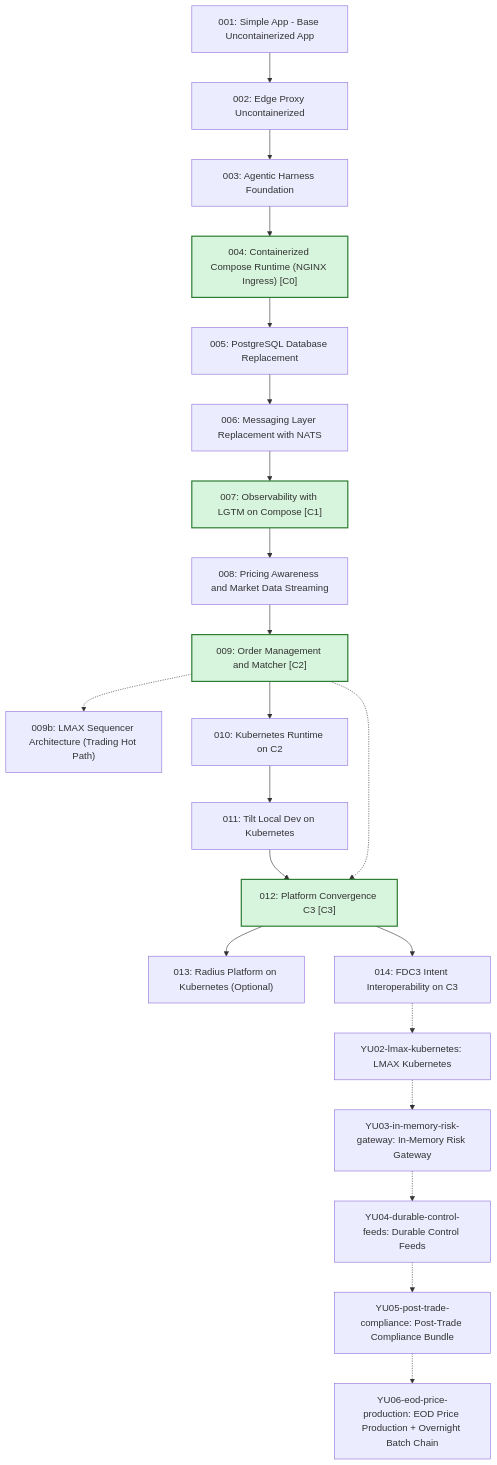
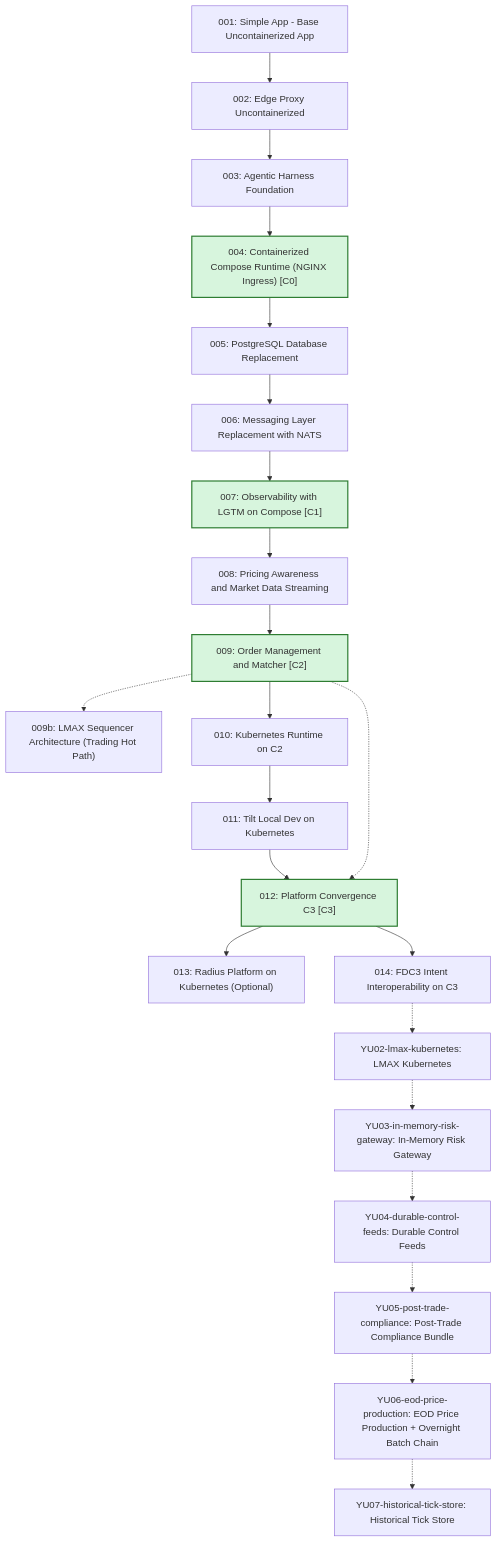
One commit to YU-CS-Summer-2026-Distributed-TraderX/traderX changed the second of 3 diagrams in docs/learning-paths/index.md. Above: the diagram before and after it, drawn with Mermaid. The commit also changed other lines of this file and 49 other files, not shown here.

First line of the commit message:
YU07-historical-tick-store: tick capture, TAQ quotes ingestion, entitlement-gate forward-port

````diff
--- a/docs/learning-paths/index.md
+++ b/docs/learning-paths/index.md
@@ -36,68 +36,71 @@
 ```mermaid
 flowchart TB
   S001_baseline_uncontainerized_parity["001: Simple App - Base Uncontainerized App"]
   S002_edge_proxy_uncontainerized["002: Edge Proxy Uncontainerized"]
   S003_agentic_harness_foundation["003: Agentic Harness Foundation"]
   S004_containerized_compose_runtime["004: Containerized Compose Runtime (NGINX Ingress) [C0]"]
   S005_postgres_database_replacement["005: PostgreSQL Database Replacement"]
   S006_messaging_nats_replacement["006: Messaging Layer Replacement with NATS"]
   S007_observability_lgtm_compose["007: Observability with LGTM on Compose [C1]"]
   S008_pricing_awareness_market_data["008: Pricing Awareness and Market Data Streaming"]
   S009_order_management_matcher["009: Order Management and Matcher [C2]"]
   S009b_lmax_sequencer_architecture["009b: LMAX Sequencer Architecture (Trading Hot Path)"]
   S010_kubernetes_runtime["010: Kubernetes Runtime on C2"]
   S011_tilt_kubernetes_dev_loop["011: Tilt Local Dev on Kubernetes"]
   S012_platform_convergence_c3["012: Platform Convergence C3 [C3]"]
   S013_radius_kubernetes_platform["013: Radius Platform on Kubernetes (Optional)"]
   S014_fdc3_intent_interoperability["014: FDC3 Intent Interoperability on C3"]
   SYU02_lmax_kubernetes["YU02-lmax-kubernetes: LMAX Kubernetes"]
   SYU03_in_memory_risk_gateway["YU03-in-memory-risk-gateway: In-Memory Risk Gateway"]
   SYU04_durable_control_feeds["YU04-durable-control-feeds: Durable Control Feeds"]
   SYU05_post_trade_compliance["YU05-post-trade-compliance: Post-Trade Compliance Bundle"]
   SYU06_eod_price_production["YU06-eod-price-production: EOD Price Production + Overnight Batch Chain"]
+  SYU07_historical_tick_store["YU07-historical-tick-store: Historical Tick Store"]
   S001_baseline_uncontainerized_parity --> S002_edge_proxy_uncontainerized
   S002_edge_proxy_uncontainerized --> S003_agentic_harness_foundation
   S003_agentic_harness_foundation --> S004_containerized_compose_runtime
   S004_containerized_compose_runtime --> S005_postgres_database_replacement
   S005_postgres_database_replacement --> S006_messaging_nats_replacement
   S006_messaging_nats_replacement --> S007_observability_lgtm_compose
   S007_observability_lgtm_compose --> S008_pricing_awareness_market_data
   S008_pricing_awareness_market_data --> S009_order_management_matcher
   S009_order_management_matcher -.-> S009b_lmax_sequencer_architecture
   S009_order_management_matcher --> S010_kubernetes_runtime
   S010_kubernetes_runtime --> S011_tilt_kubernetes_dev_loop
   S011_tilt_kubernetes_dev_loop --> S012_platform_convergence_c3
   S012_platform_convergence_c3 --> S013_radius_kubernetes_platform
   S012_platform_convergence_c3 --> S014_fdc3_intent_interoperability
   S014_fdc3_intent_interoperability -.-> SYU02_lmax_kubernetes
   SYU02_lmax_kubernetes -.-> SYU03_in_memory_risk_gateway
   SYU03_in_memory_risk_gateway -.-> SYU04_durable_control_feeds
   SYU04_durable_control_feeds -.-> SYU05_post_trade_compliance
   SYU05_post_trade_compliance -.-> SYU06_eod_price_production
+  SYU06_eod_price_production -.-> SYU07_historical_tick_store
   S009_order_management_matcher -.-> S012_platform_convergence_c3
   click S001_baseline_uncontainerized_parity href "/specs/baseline-uncontainerized-parity" "Open State 001 Spec Pack"
   click S002_edge_proxy_uncontainerized href "/specs/edge-proxy-uncontainerized" "Open State 002 Spec Pack"
   click S003_agentic_harness_foundation href "/specs/agentic-harness-foundation" "Open State 003 Spec Pack"
   click S004_containerized_compose_runtime href "/specs/containerized-compose-runtime" "Open State 004 Spec Pack"
   click S005_postgres_database_replacement href "/specs/postgres-database-replacement" "Open State 005 Spec Pack"
   click S006_messaging_nats_replacement href "/specs/messaging-nats-replacement" "Open State 006 Spec Pack"
   click S007_observability_lgtm_compose href "/specs/observability-lgtm-compose" "Open State 007 Spec Pack"
   click S008_pricing_awareness_market_data href "/specs/pricing-awareness-market-data" "Open State 008 Spec Pack"
   click S009_order_management_matcher href "/specs/order-management-matcher" "Open State 009 Spec Pack"
   click S009b_lmax_sequencer_architecture href "/specs/lmax-sequencer-architecture" "Open State 009b Spec Pack"
   click S010_kubernetes_runtime href "/specs/kubernetes-runtime" "Open State 010 Spec Pack"
   click S011_tilt_kubernetes_dev_loop href "/specs/tilt-kubernetes-dev-loop" "Open State 011 Spec Pack"
   click S012_platform_convergence_c3 href "/specs/platform-convergence-c3" "Open State 012 Spec Pack"
   click S013_radius_kubernetes_platform href "/specs/radius-kubernetes-platform" "Open State 013 Spec Pack"
   click S014_fdc3_intent_interoperability href "/specs/fdc3-intent-interoperability" "Open State 014 Spec Pack"
   click SYU02_lmax_kubernetes href "/specs/YU02-lmax-kubernetes" "Open State YU02-lmax-kubernetes Spec Pack"
   click SYU03_in_memory_risk_gateway href "/specs/YU03-in-memory-risk-gateway" "Open State YU03-in-memory-risk-gateway Spec Pack"
   click SYU04_durable_control_feeds href "/specs/YU04-durable-control-feeds" "Open State YU04-durable-control-feeds Spec Pack"
   click SYU05_post_trade_compliance href "/specs/YU05-post-trade-compliance" "Open State YU05-post-trade-compliance Spec Pack"
   click SYU06_eod_price_production href "/specs/YU06-eod-price-production" "Open State YU06-eod-price-production Spec Pack"
+  click SYU07_historical_tick_store href "/specs/YU07-historical-tick-store" "Open State YU07-historical-tick-store Spec Pack"
   classDef convergence fill:#d7f5dd,stroke:#2e7d32,stroke-width:2px
   class S004_containerized_compose_runtime convergence
   class S007_observability_lgtm_compose convergence
   class S009_order_management_matcher convergence
   class S012_platform_convergence_c3 convergence
 ```
````
